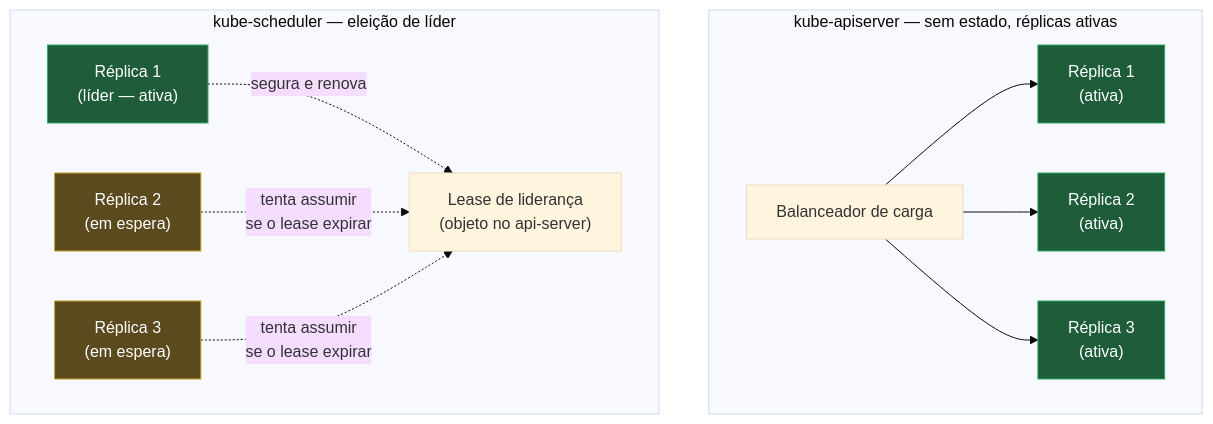
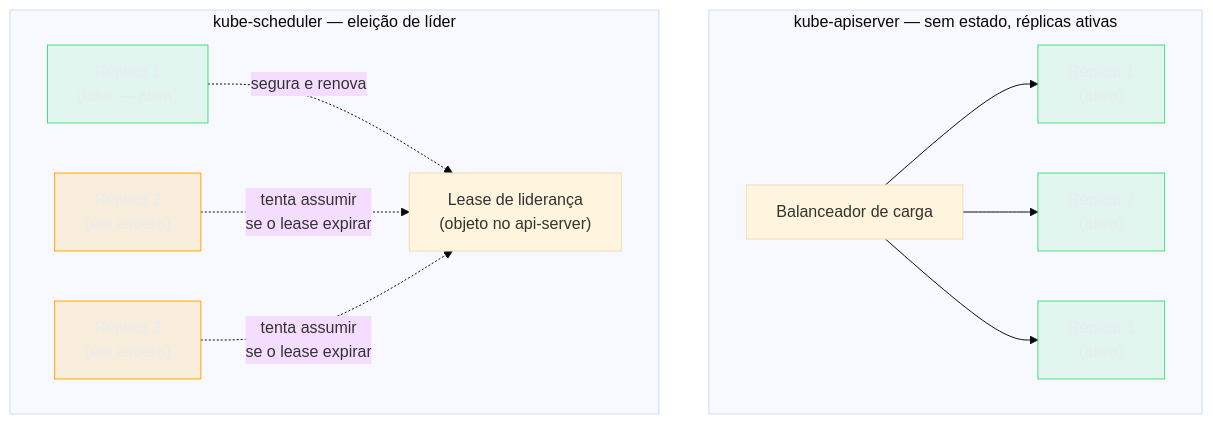
One commit to josenaldo/codex-technomanticus changed the third of 4 diagrams in 03-Dominios/Tecnologia/Infraestrutura/Kubernetes/16 - O control plane por dentro.md. Above: the diagram before and after it, drawn with Mermaid (base theme). The commit also changed other lines of this file and 1181 other files, not shown here.

First line of the commit message:
fix(diagramas): paleta do sistema no lugar de cor cravada no markdown

````diff
--- a/03-Dominios/Tecnologia/Infraestrutura/Kubernetes/16 - O control plane por dentro.md
+++ b/03-Dominios/Tecnologia/Infraestrutura/Kubernetes/16 - O control plane por dentro.md
@@ -204,28 +208,30 @@
 ```mermaid
 graph TB
+    classDef ok fill:#4ADE8021,stroke:#4ADE80,color:#E9ECF2
+    classDef destaque fill:#FFAA0024,stroke:#FFAA00,color:#E9ECF2
     subgraph "kube-apiserver — sem estado, réplicas ativas"
         A1["Réplica 1<br/>(ativa)"]
         A2["Réplica 2<br/>(ativa)"]
         A3["Réplica 3<br/>(ativa)"]
         LB["Balanceador de carga"] --> A1
         LB --> A2
         LB --> A3
     end
 
     subgraph "kube-scheduler — eleição de líder"
         S1["Réplica 1<br/>(líder — ativa)"]
         S2["Réplica 2<br/>(em espera)"]
         S3["Réplica 3<br/>(em espera)"]
         Lease["Lease de liderança<br/>(objeto no api-server)"]
         S1 -.->|"segura e renova"| Lease
         S2 -.->|"tenta assumir<br/>se o lease expirar"| Lease
         S3 -.->|"tenta assumir<br/>se o lease expirar"| Lease
     end
 
-    style A1 fill:#1e5c3a,stroke:#27ae60,color:#fff
-    style A2 fill:#1e5c3a,stroke:#27ae60,color:#fff
-    style A3 fill:#1e5c3a,stroke:#27ae60,color:#fff
-    style S1 fill:#1e5c3a,stroke:#27ae60,color:#fff
-    style S2 fill:#5a4a1e,stroke:#c9a227,color:#fff
-    style S3 fill:#5a4a1e,stroke:#c9a227,color:#fff
+    class A1 ok
+    class A2 ok
+    class A3 ok
+    class S1 ok
+    class S2 destaque
+    class S3 destaque
 ```
````
